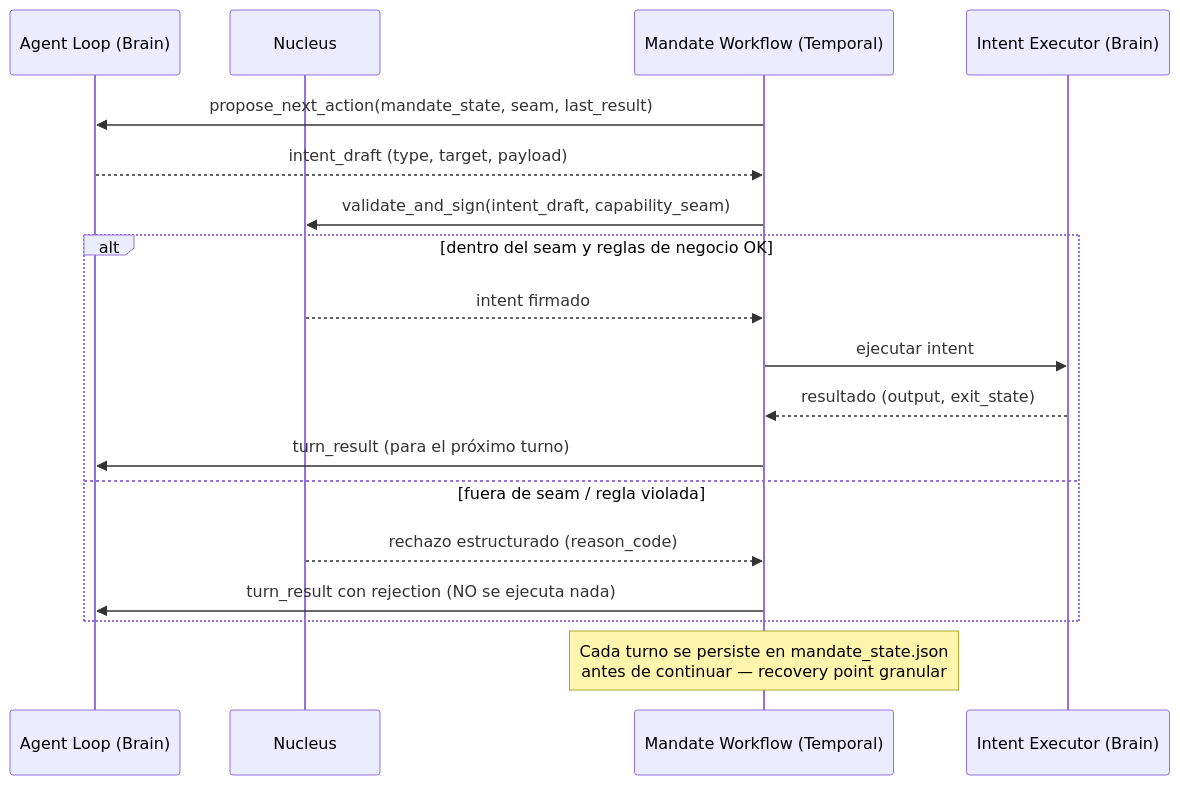
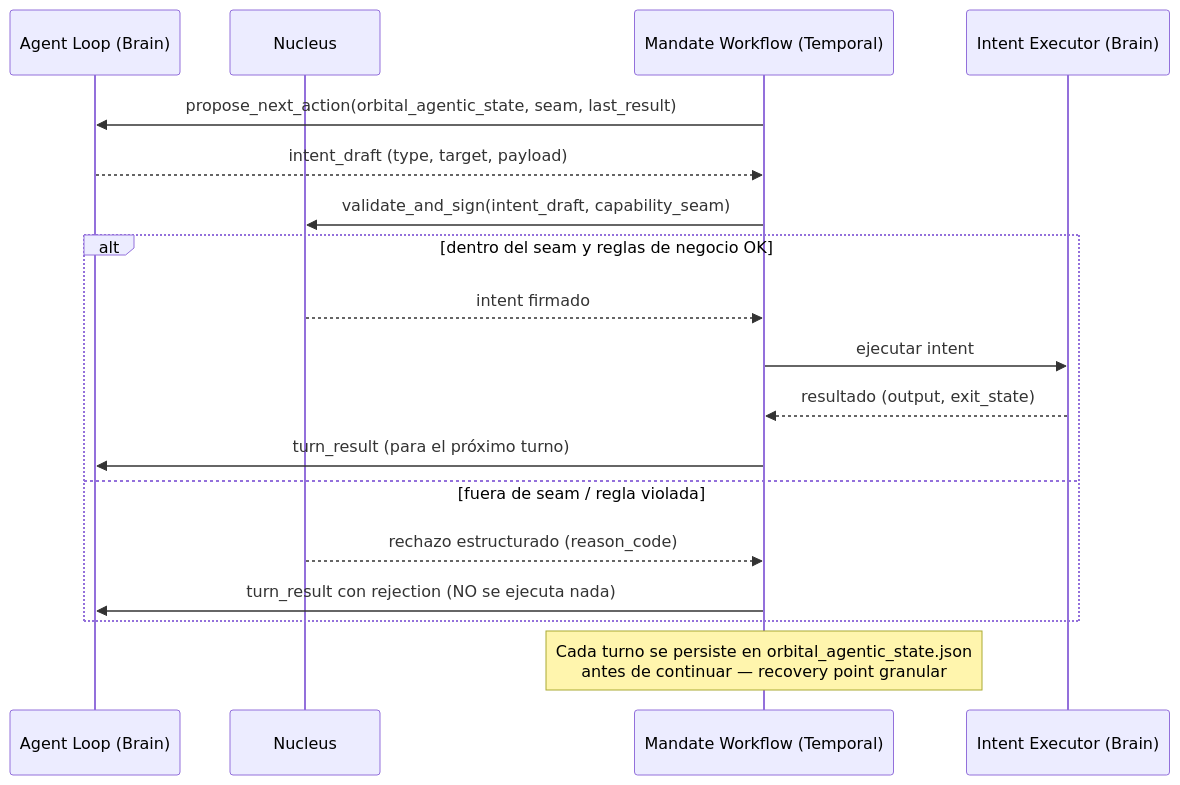
One commit to JoseVigil/bloom-development-extension changed the diagram in docs/AGENTIC/BTIPS_Mandates_Agenticos_Spec_Unificada.md. Above: the diagram before and after it, drawn with Mermaid. The commit also changed other lines of this file and 5 other files, not shown here.

Commit message:
docs: consolidate Gravity, Orbital Agentic State and Core governance terminology

````diff
--- a/docs/AGENTIC/BTIPS_Mandates_Agenticos_Spec_Unificada.md
+++ b/docs/AGENTIC/BTIPS_Mandates_Agenticos_Spec_Unificada.md
@@ -171,23 +171,23 @@
 ```mermaid
 sequenceDiagram
     participant Agent as Agent Loop (Brain)
     participant Nucleus
     participant Temporal as Mandate Workflow (Temporal)
     participant Exec as Intent Executor (Brain)
 
-    Temporal->>Agent: propose_next_action(mandate_state, seam, last_result)
+    Temporal->>Agent: propose_next_action(orbital_agentic_state, seam, last_result)
     Agent-->>Temporal: intent_draft (type, target, payload)
     Temporal->>Nucleus: validate_and_sign(intent_draft, capability_seam)
 
     alt dentro del seam y reglas de negocio OK
         Nucleus-->>Temporal: intent firmado
         Temporal->>Exec: ejecutar intent
         Exec-->>Temporal: resultado (output, exit_state)
         Temporal->>Agent: turn_result (para el próximo turno)
     else fuera de seam / regla violada
         Nucleus-->>Temporal: rechazo estructurado (reason_code)
         Temporal->>Agent: turn_result con rejection (NO se ejecuta nada)
     end
 
-    Note over Temporal: Cada turno se persiste en mandate_state.json<br/>antes de continuar — recovery point granular
+    Note over Temporal: Cada turno se persiste en orbital_agentic_state.json<br/>antes de continuar — recovery point granular
 ```
````
